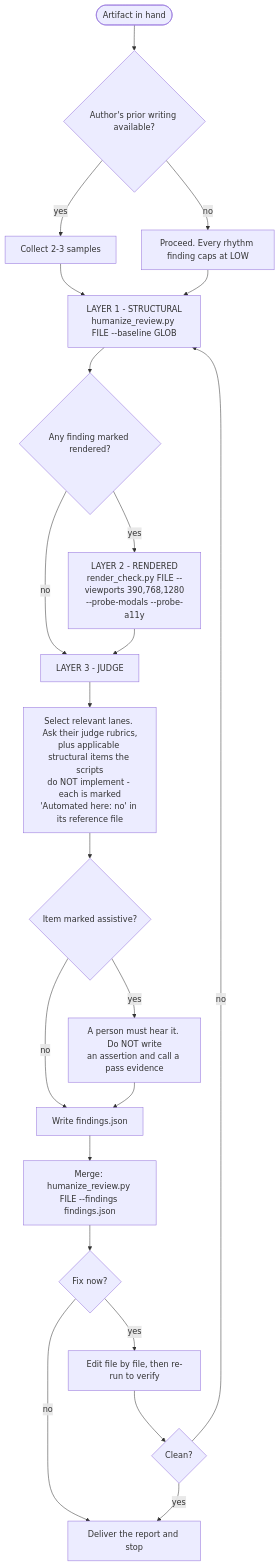
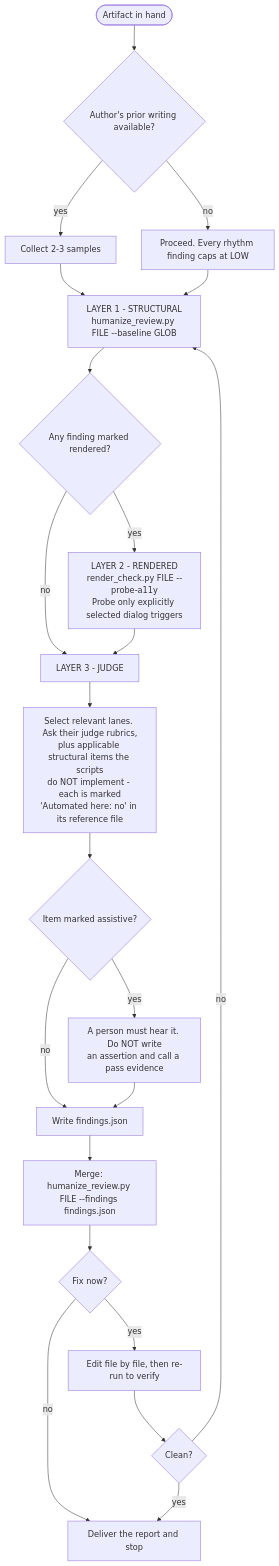
Before and after one commit to curiositech/windags-skills: the second of 2 diagrams in skills/make-copy-and-media-human/references/review-workflow.md, drawn with Mermaid. The commit also changed other lines of this file and 8 other files, not shown here.

````diff
--- a/skills/make-copy-and-media-human/references/review-workflow.md
+++ b/skills/make-copy-and-media-human/references/review-workflow.md
@@ -56,24 +56,24 @@
 ```mermaid
 flowchart TD
     A(["Artifact in hand"]) --> B{"Author's prior writing available?"}
     B -->|yes| C["Collect 2-3 samples"]
     B -->|no| D["Proceed. Every rhythm finding caps at LOW"]
     C --> E["LAYER 1 - STRUCTURAL<br/>humanize_review.py FILE --baseline GLOB"]
     D --> E
     E --> F{"Any finding marked rendered?"}
-    F -->|yes| G["LAYER 2 - RENDERED<br/>render_check.py FILE --viewports 390,768,1280<br/>--probe-modals --probe-a11y"]
+    F -->|yes| G["LAYER 2 - RENDERED<br/>render_check.py FILE --probe-a11y<br/>Probe only explicitly selected dialog triggers"]
     F -->|no| H["LAYER 3 - JUDGE"]
     G --> H
     H --> I["Select relevant lanes. Ask their judge rubrics,<br/>plus applicable structural items the scripts<br/>do NOT implement - each is marked<br/>'Automated here: no' in its reference file"]
     I --> J{"Item marked assistive?"}
     J -->|yes| K["A person must hear it. Do NOT write<br/>an assertion and call a pass evidence"]
     J -->|no| L["Write findings.json"]
     K --> L
     L --> M["Merge: humanize_review.py FILE --findings findings.json"]
     M --> N{"Fix now?"}
     N -->|yes| O["Edit file by file, then re-run to verify"]
     N -->|no| P["Deliver the report and stop"]
     O --> Q{"Clean?"}
     Q -->|no| E
     Q -->|yes| P
 ```
````
